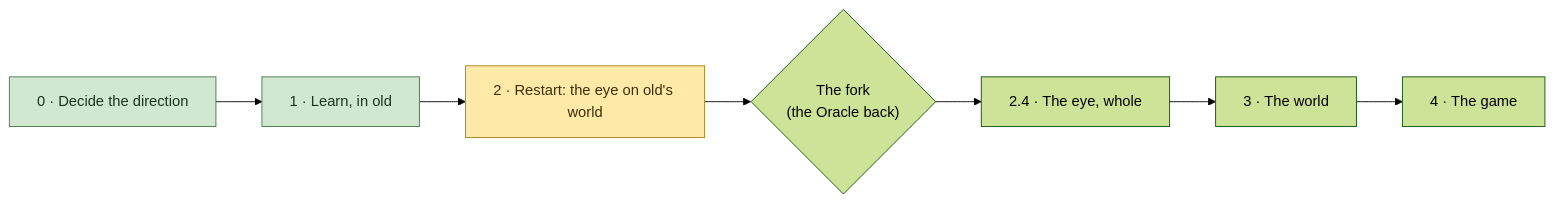
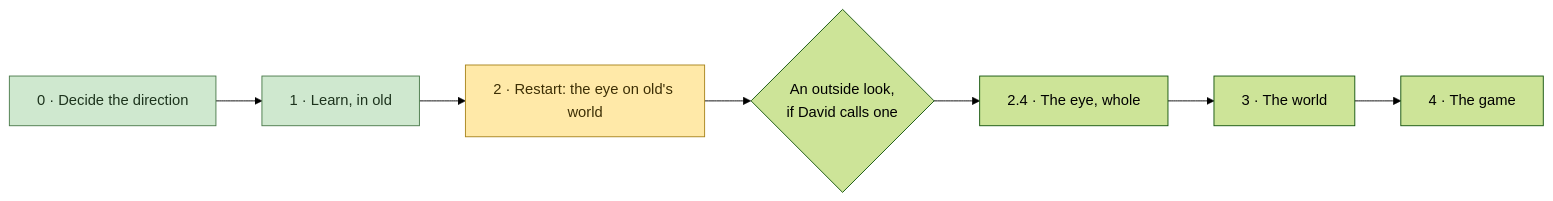
One commit to david138collins/incus-artus changed the diagram in master/plan.md. Above: the diagram before and after it, drawn with Mermaid (forest theme). The commit also changed other lines of this file and 4 other files, not shown here.

First line of the commit message:
Decided: the graphics trusted, hanging questions dropped, Phase 3 reordered (David: tectonics, world gen with water after topography, the Registrar and placer, ecology)

````diff
--- a/master/plan.md
+++ b/master/plan.md
@@ -213,11 +219,11 @@
 ```mermaid
 flowchart LR
   P0["0 · Decide the direction"]:::ticked --> P1["1 · Learn, in old"]:::ticked
   P1 --> P2["2 · Restart: the eye on old's world"]:::now
-  P2 --> F{"The fork<br/>(the Oracle back)"}
+  P2 --> F{"An outside look,<br/>if David calls one"}
   F --> P2b["2.4 · The eye, whole"]
   P2b --> P3["3 · The world"]
   P3 --> P4["4 · The game"]
   classDef ticked fill:#cfe8cf,stroke:#4a7a4a,color:#1d331d
   classDef now fill:#ffe9a8,stroke:#a8841c,color:#3d2f05
 ```
````
